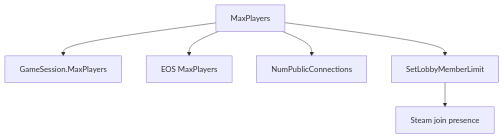
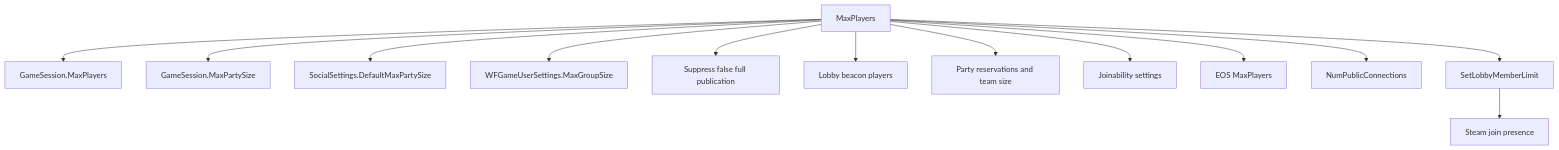
The diagram in lode/runtime/session-capacity.md (TheAngryByrd/Wayfinder-Mods), drawn with Mermaid before and after one commit. The commit also changed other lines of this file and 35 other files, not shown here.

````diff
--- a/lode/runtime/session-capacity.md
+++ b/lode/runtime/session-capacity.md
@@ -6,8 +6,15 @@
 ```mermaid
 flowchart TD
     Config[MaxPlayers] --> Unreal[GameSession.MaxPlayers]
+    Config --> Party[GameSession.MaxPartySize]
+    Config --> Social[SocialSettings.DefaultMaxPartySize]
+    Config --> Group[WFGameUserSettings.MaxGroupSize]
+    Config --> FullGuard[Suppress false full publication]
+    Config --> LobbyBeacon[Lobby beacon players]
+    Config --> PartyBeacon[Party reservations and team size]
+    Config --> Joinability[Joinability settings]
     Config --> EOSMax[EOS MaxPlayers]
     Config --> EOSPublic[NumPublicConnections]
     Config --> SteamLimit[SetLobbyMemberLimit]
     SteamLimit --> Presence[Steam join presence]
 ```
````
